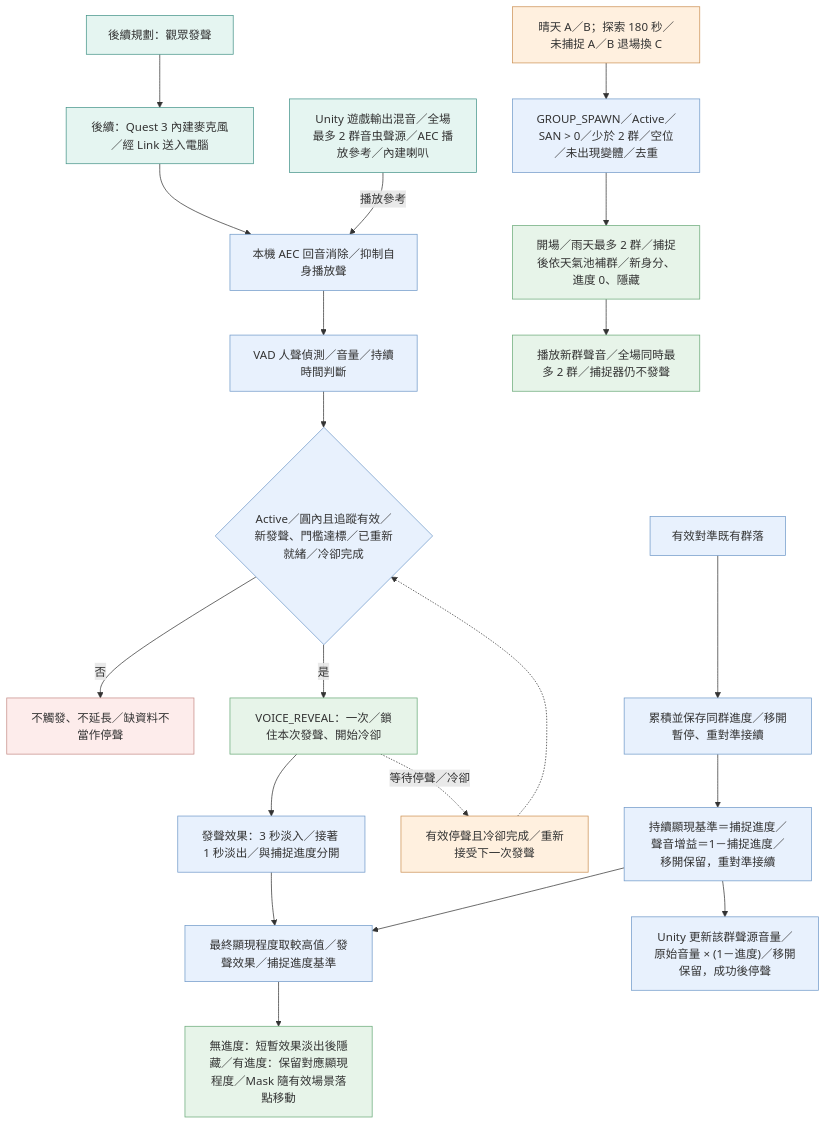
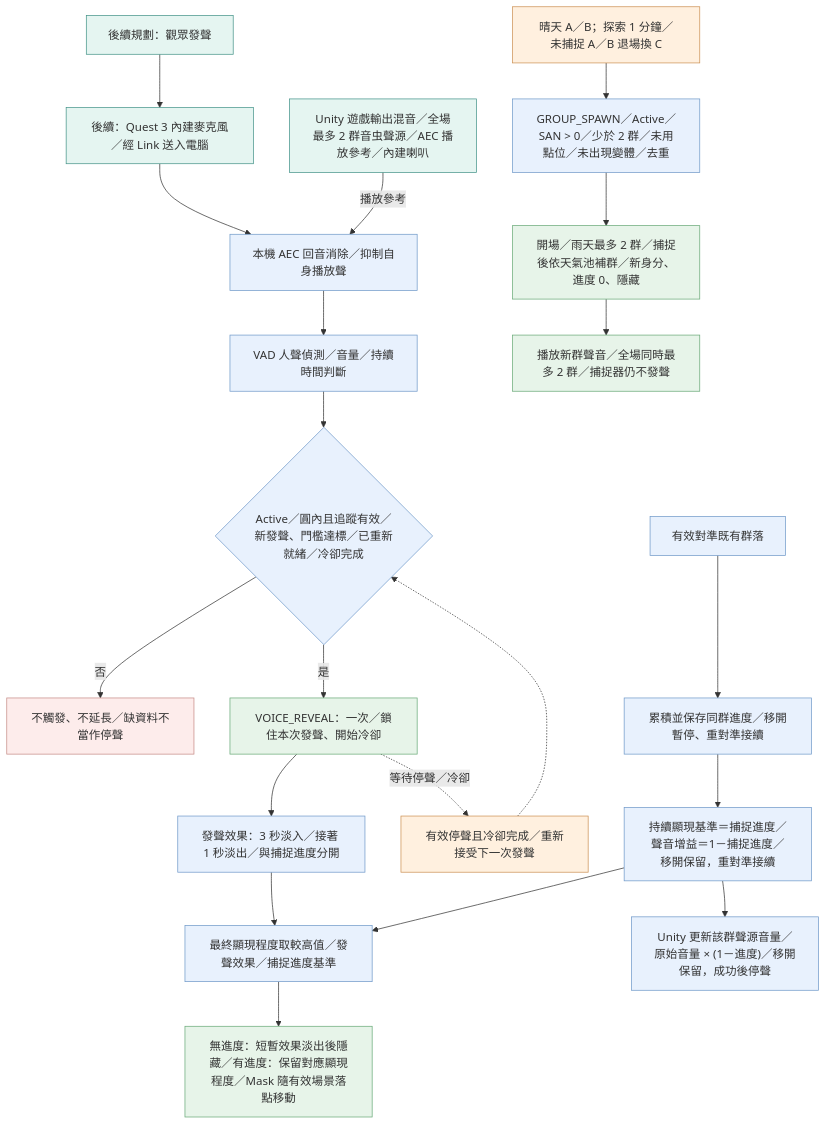
Before and after one commit to fengyenchia/dctProject: the diagram in docs/docs_vr/assets/技術流程圖/03.mmd, drawn with Mermaid. The commit also changed 26 other files, not shown here.

```diff
--- a/docs/docs_vr/assets/技術流程圖/03.mmd
+++ b/docs/docs_vr/assets/技術流程圖/03.mmd
@@ -1,60 +1,60 @@
 flowchart TD
   voice["後續規劃：觀眾發聲"]
   mic["後續：Quest 3 內建麥克風／經 Link 送入電腦"]
   aec["本機 AEC 回音消除／抑制自身播放聲"]
   vad["VAD 人聲偵測／音量／持續時間判斷"]
   gate{"Active／圓內且追蹤有效／新發聲、門檻達標／已重新就緒／冷卻完成"}
   skip["不觸發、不延長／缺資料不當作停聲"]
   accepted["VOICE_REVEAL：一次／鎖住本次發聲、開始冷卻"]
   voiceFx["發聲效果：3 秒淡入／接著 1 秒淡出／與捕捉進度分開"]
   rearm["有效停聲且冷卻完成／重新接受下一次發聲"]
   reference["Unity 遊戲輸出混音／全場最多 2 群音虫聲源／AEC 播放參考／內建喇叭"]
   aim["有效對準既有群落"]
   saved["累積並保存同群進度／移開暫停、重對準接續"]
   baseline["持續顯現基準＝捕捉進度／聲音增益＝1－捕捉進度／移開保留，重對準接續"]
   combine["最終顯現程度取較高值／發聲效果／捕捉進度基準"]
   appearance["無進度：短暫效果淡出後隱藏／有進度：保留對應顯現程度／Mask 隨有效場景落點移動"]
-  story["晴天 A／B；探索 180 秒／未捕捉 A／B 退場換 C"]
-  validStory["GROUP_SPAWN／Active／SAN > 0／少於 2 群／空位／未出現變體／去重"]
+  story["晴天 A／B；探索 1 分鐘／未捕捉 A／B 退場換 C"]
+  validStory["GROUP_SPAWN／Active／SAN > 0／少於 2 群／未用點位／未出現變體／去重"]
   newGroup["開場／雨天最多 2 群／捕捉後依天氣池補群／新身分、進度 0、隱藏"]
   newAudio["播放新群聲音／全場同時最多 2 群／捕捉器仍不發聲"]
   captureAudio["Unity 更新該群聲源音量／原始音量 × (1－進度)／移開保留，成功後停聲"]
   voice --> mic
   mic --> aec
   reference -->|"播放參考"| aec
   aec --> vad
   vad --> gate
   gate -->|"否"| skip
   gate -->|"是"| accepted
   accepted --> voiceFx
   accepted -.->|"等待停聲／冷卻"| rearm
   rearm -.-> gate
   aim --> saved
   saved --> baseline
   baseline --> combine
   voiceFx --> combine
   combine --> appearance
   story --> validStory
   validStory --> newGroup
   newGroup --> newAudio
   baseline --> captureAudio
   style voice fill:#e5f5f1,stroke:#459489
   style mic fill:#e5f5f1,stroke:#459489
   style aec fill:#e8f1fd,stroke:#7099c9
   style vad fill:#e8f1fd,stroke:#7099c9
   style gate fill:#e8f1fd,stroke:#7099c9
   style skip fill:#fdeceb,stroke:#c58b86
   style accepted fill:#e7f4e9,stroke:#69a977
   style voiceFx fill:#e8f1fd,stroke:#7099c9
   style rearm fill:#fff0df,stroke:#cc9154
   style reference fill:#e5f5f1,stroke:#459489
   style aim fill:#e8f1fd,stroke:#7099c9
   style saved fill:#e8f1fd,stroke:#7099c9
   style baseline fill:#e8f1fd,stroke:#7099c9
   style combine fill:#e8f1fd,stroke:#7099c9
   style appearance fill:#e7f4e9,stroke:#69a977
   style story fill:#fff0df,stroke:#cc9154
   style validStory fill:#e8f1fd,stroke:#7099c9
   style newGroup fill:#e7f4e9,stroke:#69a977
   style newAudio fill:#e7f4e9,stroke:#69a977
   style captureAudio fill:#e8f1fd,stroke:#7099c9
```
